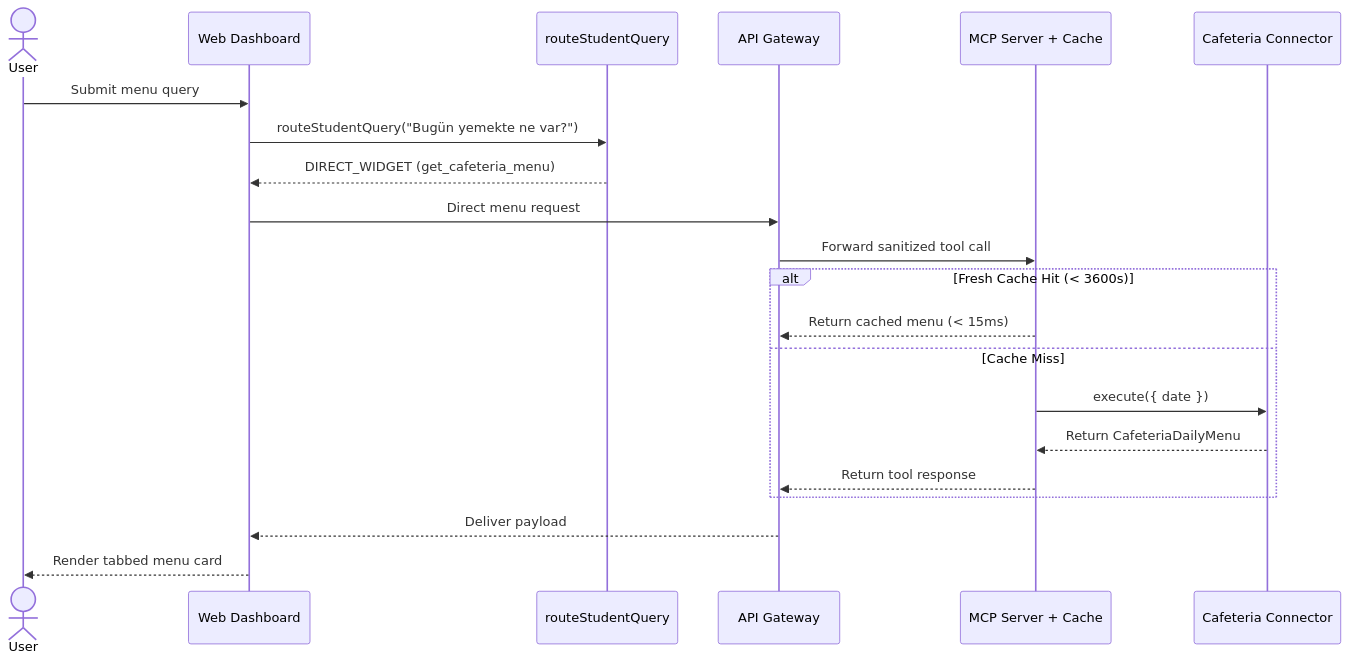
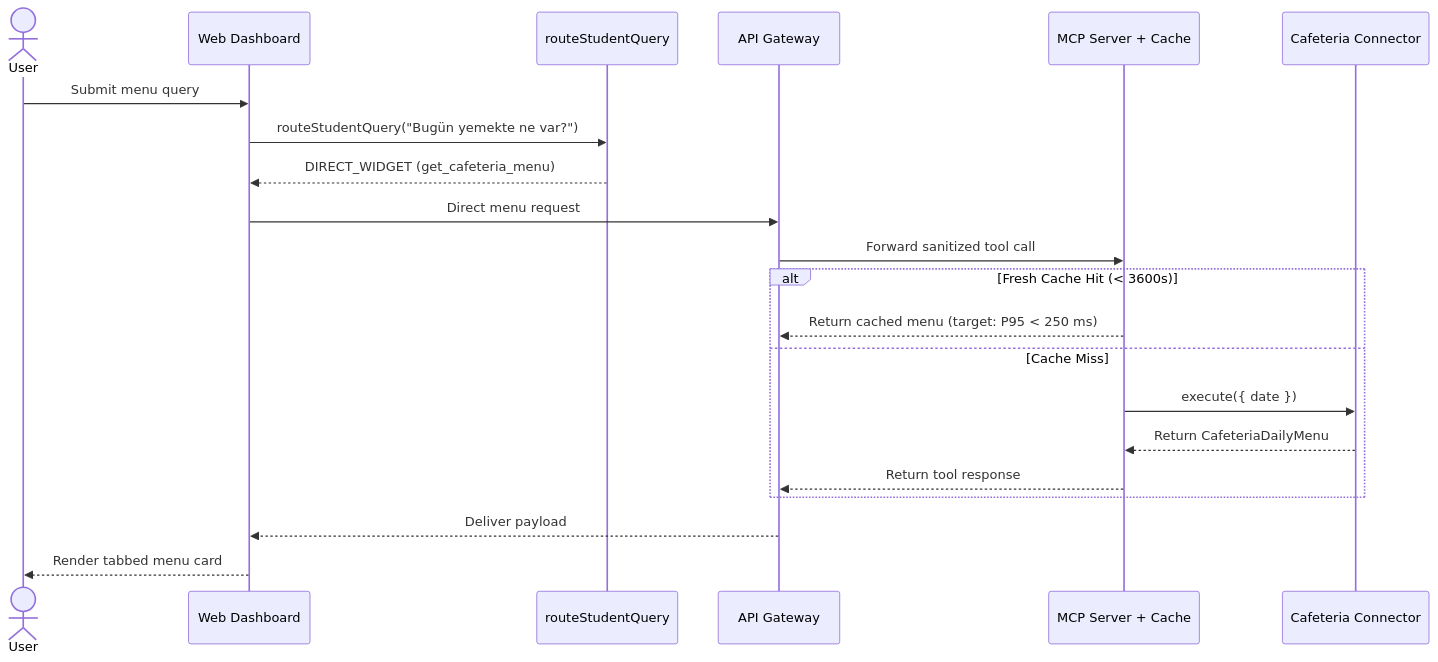
Before and after one commit to CPPpriest/BIL481-2026-Project: the fifth of 8 diagrams in docs/Design_Document.md, drawn with Mermaid. The commit also changed other lines of this file, not shown here.

````diff
--- a/docs/Design_Document.md
+++ b/docs/Design_Document.md
@@ -856,24 +879,24 @@
 ```mermaid
 sequenceDiagram
     actor User
     participant UI as Web Dashboard
     participant Router as routeStudentQuery
     participant Gateway as API Gateway
     participant MCP as MCP Server + Cache
     participant Dining as Cafeteria Connector
 
     User->>UI: Submit menu query
     UI->>Router: routeStudentQuery("Bugün yemekte ne var?")
     Router-->>UI: DIRECT_WIDGET (get_cafeteria_menu)
     UI->>Gateway: Direct menu request
     Gateway->>MCP: Forward sanitized tool call
     alt Fresh Cache Hit (< 3600s)
-        MCP-->>Gateway: Return cached menu (< 15ms)
+        MCP-->>Gateway: Return cached menu (target: P95 < 250 ms)
     else Cache Miss
         MCP->>Dining: execute({ date })
         Dining-->>MCP: Return CafeteriaDailyMenu
         MCP-->>Gateway: Return tool response
     end
     Gateway-->>UI: Deliver payload
     UI-->>User: Render tabbed menu card
 ```
````
